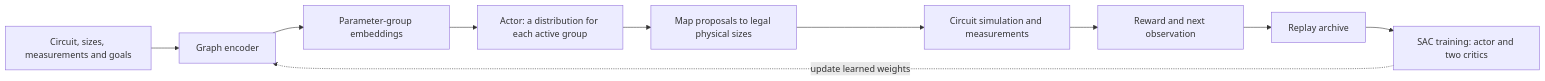
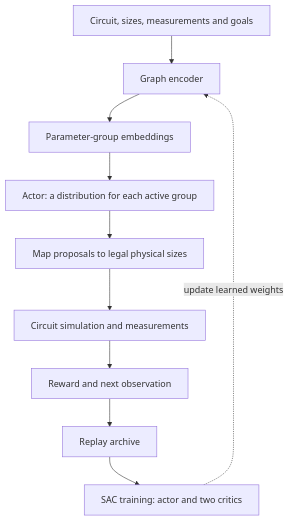
Before and after one commit to FengyanWong/gator: the first of 5 diagrams in docs/graph-transformers-reading-guide.md, drawn with Mermaid.

Commit message:
Reading guide: the first diagram top to bottom, so GitHub draws it at full size and clear of its buttons (record 7.477)
On the public page GitHub's diagram viewer scaled the row of nine boxes under "1. Follow one sizing decision" to
48 % at a 1280 px window (text of 7.6 px) and laid its pan and zoom buttons over 59 % of the last box's words.

docs/graph-transformers-reading-guide.md: the same diagram text drawn top to bottom, with a label width of 320 px set
in the diagram's front matter so that every box holds its words on one line, and a comment line that says why. The
nine boxes, their words and the nine arrows are unchanged; nothing else in the guide changed.

Drawn by GitHub's viewer from the changed file's text, without publishing: 619 by 848 px, text of 16 px and nothing
under a button at windows of 768 to 1920 px, on the light and on the dark page.

````diff
--- a/docs/graph-transformers-reading-guide.md
+++ b/docs/graph-transformers-reading-guide.md
@@ -13,12 +13,18 @@
 ```mermaid
-flowchart LR
+---
+config:
+  flowchart:
+    wrappingWidth: 320
+---
+flowchart TD
+    %% Top to bottom, one line per box. As a row of nine, GitHub drew it small with its own buttons over the last box.
     O["Circuit, sizes, measurements and goals"] --> E["Graph encoder"]
     E --> P["Parameter-group embeddings"]
     P --> A["Actor: a distribution for each active group"]
     A --> L["Map proposals to legal physical sizes"]
     L --> S["Circuit simulation and measurements"]
     S --> R["Reward and next observation"]
     R --> D["Replay archive"]
     D --> T["SAC training: actor and two critics"]
     T -. "update learned weights" .-> E
 ```
````
